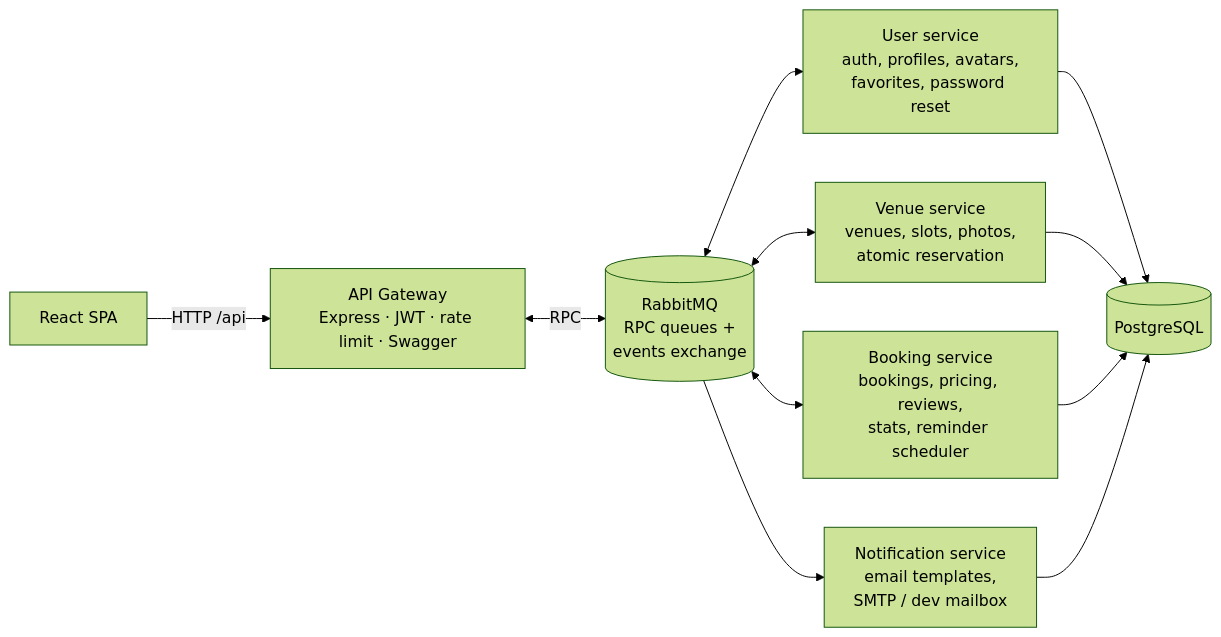
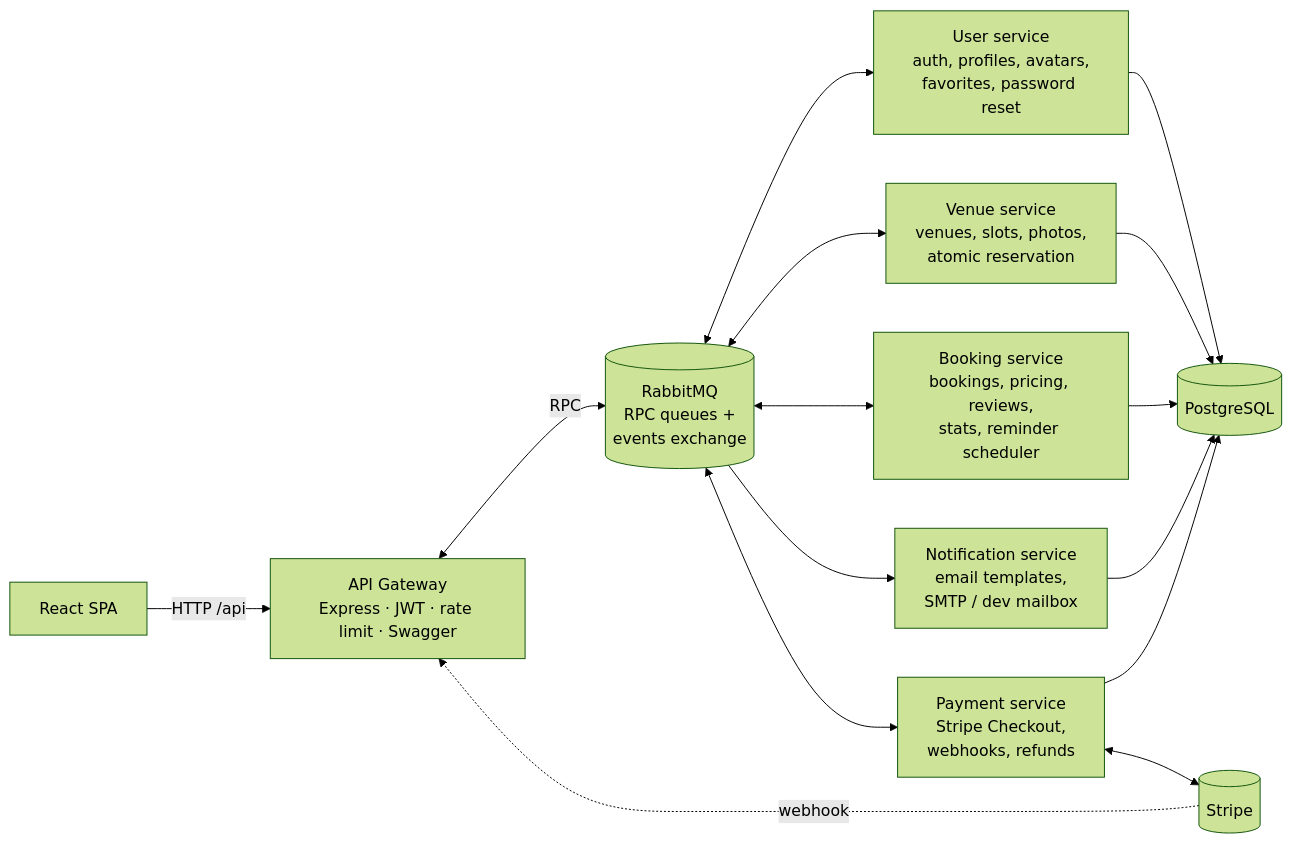
Before and after one commit to Shiw4se/Sports-Venue-Booking-Platform: the diagram in README.md, drawn with Mermaid (forest theme). The commit also changed other lines of this file and 59 other files, not shown here.

First line of the commit message:
Feature/stripe checkout payments (#2)

````diff
--- a/README.md
+++ b/README.md
@@ -73,13 +83,17 @@
 ```mermaid
 flowchart LR
     Browser["React SPA"] -->|HTTP /api| GW["API Gateway<br/>Express · JWT · rate limit · Swagger"]
     GW <-->|RPC| MQ[("RabbitMQ<br/>RPC queues +<br/>events exchange")]
     MQ <--> US["User service<br/>auth, profiles, avatars,<br/>favorites, password reset"]
     MQ <--> VS["Venue service<br/>venues, slots, photos,<br/>atomic reservation"]
     MQ <--> BS["Booking service<br/>bookings, pricing, reviews,<br/>stats, reminder scheduler"]
     MQ --> NS["Notification service<br/>email templates,<br/>SMTP / dev mailbox"]
+    MQ <--> PS["Payment service<br/>Stripe Checkout,<br/>webhooks, refunds"]
+    PS <--> Stripe[("Stripe")]
+    Stripe -.->|webhook| GW
     US --> DB[("PostgreSQL")]
     VS --> DB
     BS --> DB
     NS --> DB
+    PS --> DB
 ```
````
